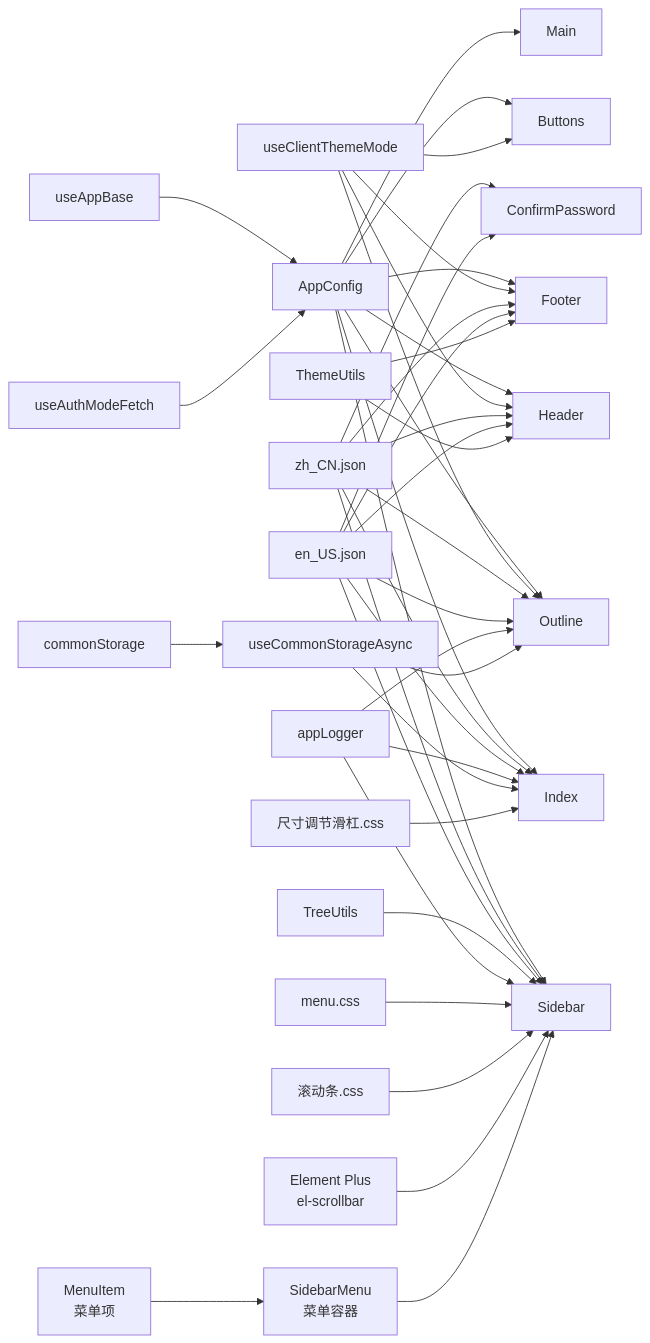
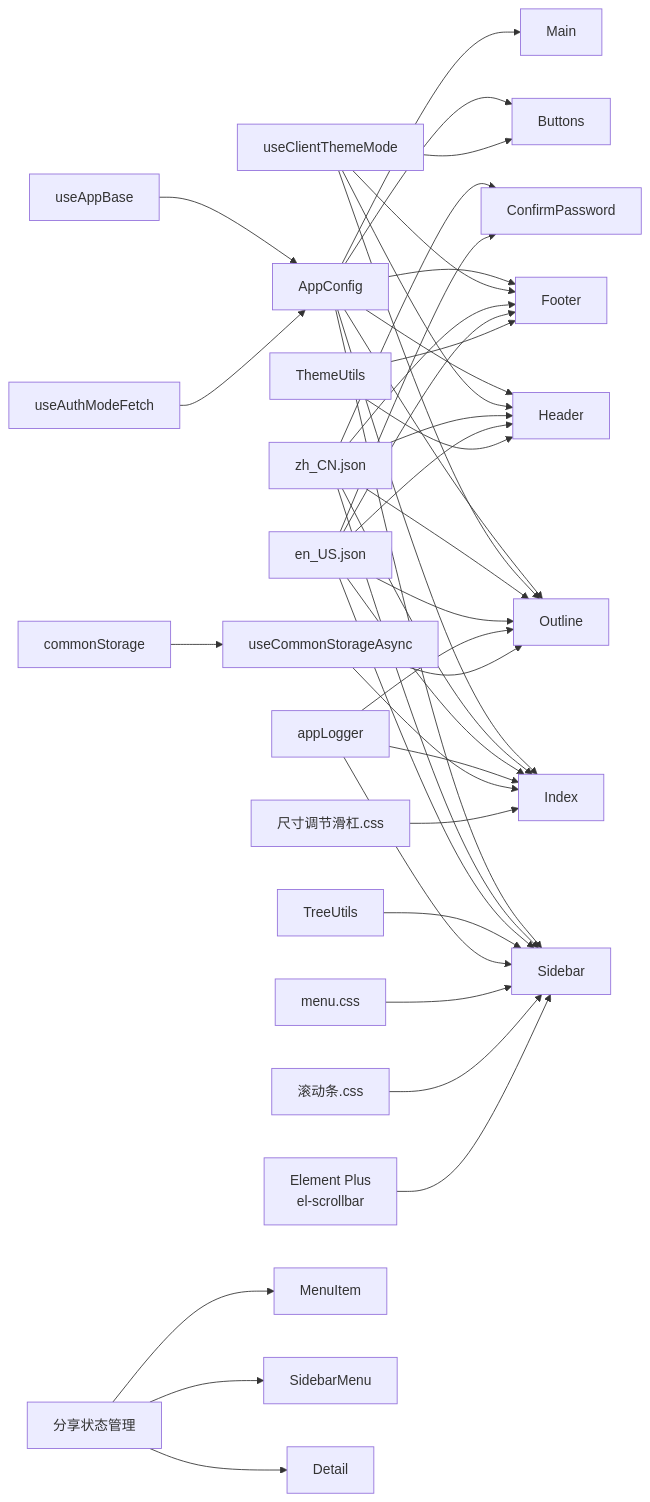
Before and after one commit to terwer/siyuan-plugin-blog: diagram 17 of 17 in .qoder/repowiki/zh/content/核心功能/UI 组件系统/UI 组件系统.md, drawn with Mermaid. The commit also changed other lines of this file and 31 other files, not shown here.

````diff
--- a/.qoder/repowiki/zh/content/核心功能/UI 组件系统/UI 组件系统.md
+++ b/.qoder/repowiki/zh/content/核心功能/UI 组件系统/UI 组件系统.md
@@ -1076,43 +1136,44 @@
 ```mermaid
 graph LR
 AC["AppConfig"] --> H["Header"]
 AC --> F["Footer"]
 AC --> S["Sidebar"]
 AC --> I["Index"]
 AC --> O["Outline"]
 AC --> B["Buttons"]
 AC --> M["Main"]
 TM["useClientThemeMode"] --> H
 TM --> F
 TM --> B
 TM --> O
 ZH["zh_CN.json"] --> H
 ZH --> F
 ZH --> S
 ZH --> I
 ZH --> O
 ZH --> CP["ConfirmPassword"]
 EN["en_US.json"] --> H
 EN --> F
 EN --> S
 EN --> I
 EN --> O
 EN --> CP
 TU["ThemeUtils"] --> H
 TU --> F
 TR["TreeUtils"] --> S
 AL["appLogger"] --> S
 AL --> I
 AL --> O
 AB["useAppBase"] --> AC
 AF["useAuthModeFetch"] --> AC
 UCS["useCommonStorageAsync"] --> I
 UCS --> O
 CS["commonStorage"] --> UCS
 MCSS["menu.css"] --> S
 SLIDER["尺寸调节滑杠.css"] --> I
 SCROLL["滚动条.css"] --> S
 ES["Element Plus<br/>el-scrollbar"] --> S
-SM["SidebarMenu<br/>菜单容器"] --> S
-MI["MenuItem<br/>菜单项"] --> SM
+SH["分享状态管理"] --> MI["MenuItem"]
+SH --> SM["SidebarMenu"]
+SH --> DE["Detail"]
 ```
````
